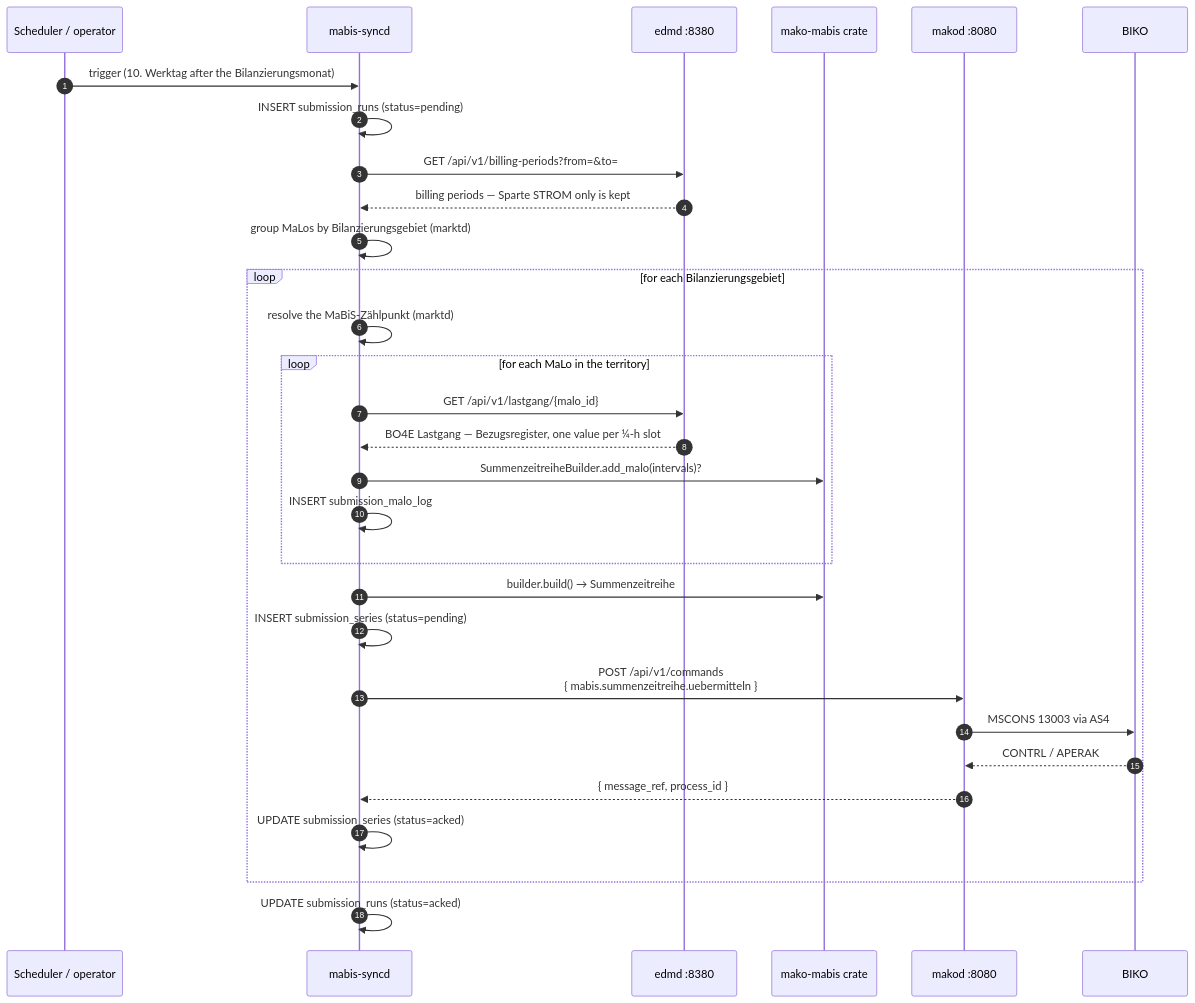
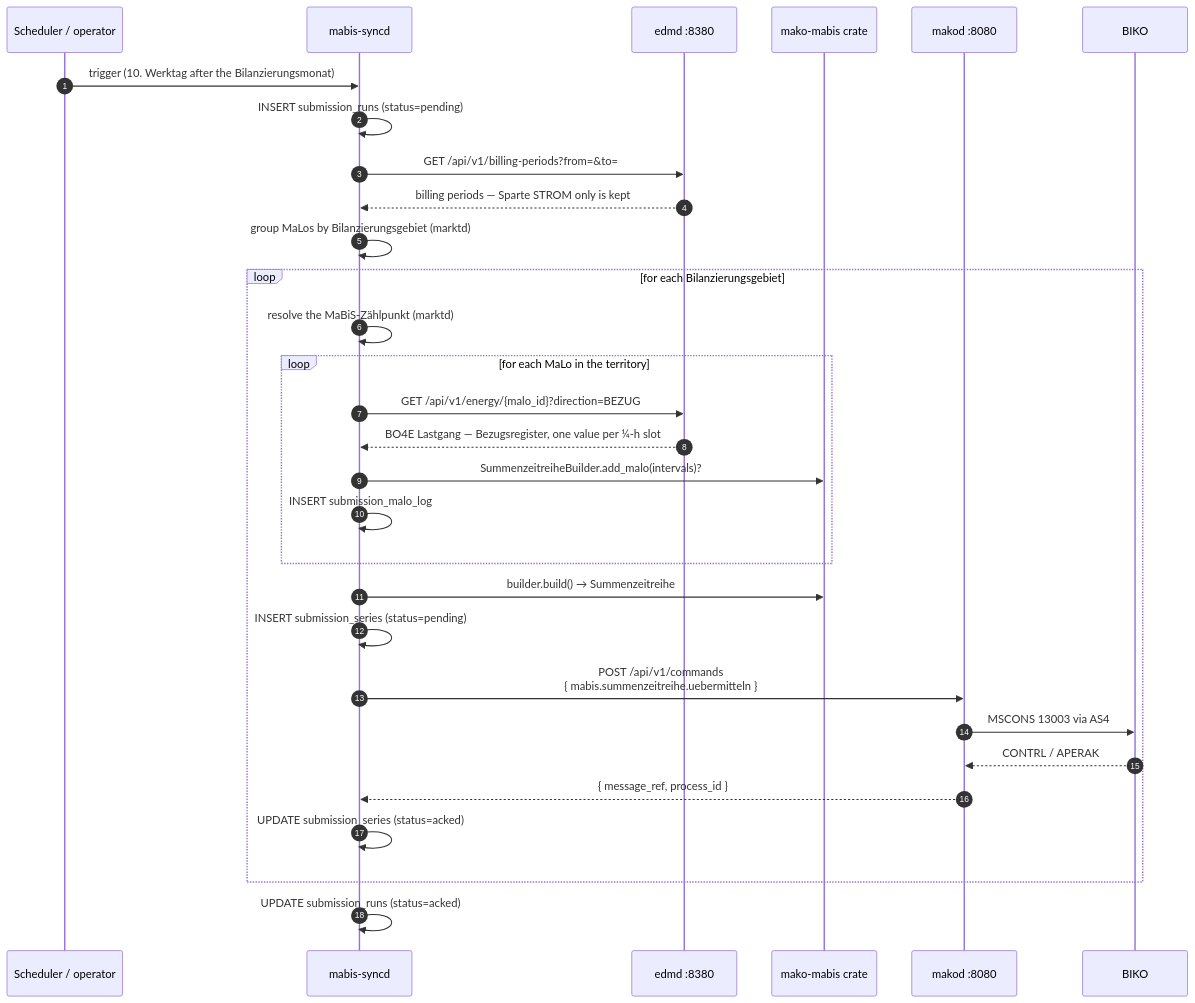
Before and after one commit to hupe1980/mako: the second of 2 diagrams in site/content/docs/services/mabis-syncd.md, drawn with Mermaid. The commit also changed other lines of this file and 45 other files, not shown here.

First line of the commit message:
Update API endpoints in einsd and mabis-syncd documentation

````diff
--- a/site/content/docs/services/mabis-syncd.md
+++ b/site/content/docs/services/mabis-syncd.md
@@ -266,37 +276,37 @@
 ```mermaid
 sequenceDiagram
     autonumber
     participant sched as Scheduler / operator
     participant syncd as mabis-syncd
     participant edmd as edmd :8380
     participant mabis as mako-mabis crate
     participant makod as makod :8080
     participant biko as BIKO
 
     sched->>syncd: trigger (10. Werktag after the Bilanzierungsmonat)
     syncd->>syncd: INSERT submission_runs (status=pending)
 
     syncd->>edmd: GET /api/v1/billing-periods?from=&to=
     edmd-->>syncd: billing periods — Sparte STROM only is kept
 
     syncd->>syncd: group MaLos by Bilanzierungsgebiet (marktd)
 
     loop for each Bilanzierungsgebiet
         syncd->>syncd: resolve the MaBiS-Zählpunkt (marktd)
         loop for each MaLo in the territory
-            syncd->>edmd: GET /api/v1/lastgang/{malo_id}
+            syncd->>edmd: GET /api/v1/energy/{malo_id}?direction=BEZUG
             edmd-->>syncd: BO4E Lastgang — Bezugsregister, one value per ¼-h slot
             syncd->>mabis: SummenzeitreiheBuilder.add_malo(intervals)?
             syncd->>syncd: INSERT submission_malo_log
         end
         syncd->>mabis: builder.build() → Summenzeitreihe
         syncd->>syncd: INSERT submission_series (status=pending)
         syncd->>makod: POST /api/v1/commands<br/>{ mabis.summenzeitreihe.uebermitteln }
         makod->>biko: MSCONS 13003 via AS4
         biko-->>makod: CONTRL / APERAK
         makod-->>syncd: { message_ref, process_id }
         syncd->>syncd: UPDATE submission_series (status=acked)
     end
 
     syncd->>syncd: UPDATE submission_runs (status=acked)
 ```
````
